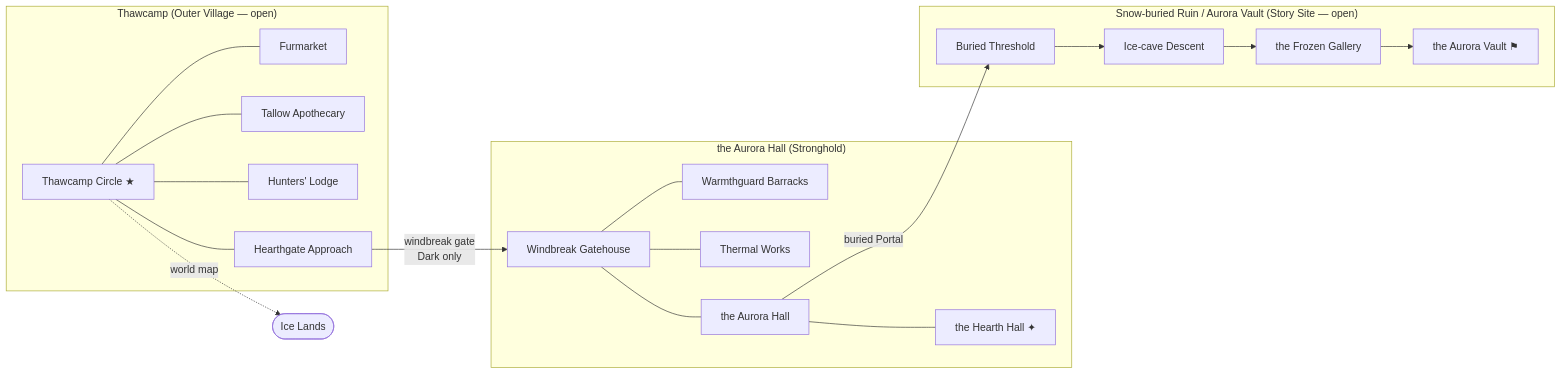
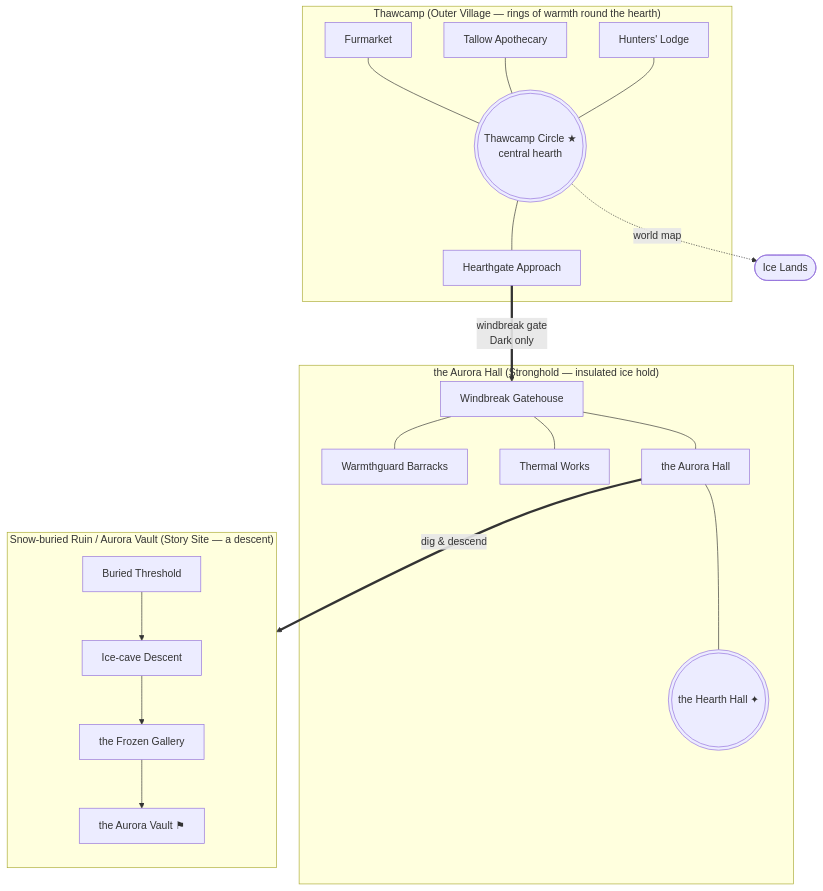
Before and after one commit to DibranMulder/2D-platform-game: the eighth of 8 diagrams in docs/design/0014-hometown-maps.md, drawn with Mermaid. The commit also changed other lines of this file, not shown here.

First line of the commit message:
Reshape home-town portal graphs to their terrain (DESIGN-0014)

````diff
--- a/docs/design/0014-hometown-maps.md
+++ b/docs/design/0014-hometown-maps.md
@@ -541,21 +583,22 @@
 ```mermaid
-flowchart LR
-    subgraph V["Thawcamp (Outer Village — open)"]
-        TCi[Thawcamp Circle ★] --- FMk[Furmarket]
-        TCi --- TA[Tallow Apothecary]
-        TCi --- HLg[Hunters' Lodge]
+flowchart TB
+    subgraph V["Thawcamp (Outer Village — rings of warmth round the hearth)"]
+        FMk[Furmarket] --- TCi(((Thawcamp Circle ★<br/>central hearth)))
+        TA[Tallow Apothecary] --- TCi
+        HLg[Hunters' Lodge] --- TCi
         TCi --- HGa[Hearthgate Approach]
     end
-    HGa -->|windbreak gate<br/>Dark only| WG[Windbreak Gatehouse]
-    subgraph S["the Aurora Hall (Stronghold)"]
-        WG --- WB[Warmthguard Barracks]
+    HGa ==>|windbreak gate<br/>Dark only| WG
+    subgraph S["the Aurora Hall (Stronghold — insulated ice hold)"]
+        WG[Windbreak Gatehouse] --- WB[Warmthguard Barracks]
         WG --- TW[Thermal Works]
         WG --- AH[the Aurora Hall]
-        AH --- HH[the Hearth Hall ✦]
+        AH --- HH(((the Hearth Hall ✦)))
     end
-    AH -->|buried Portal| BT
-    subgraph T["Snow-buried Ruin / Aurora Vault (Story Site — open)"]
+    AH ==>|dig &amp; descend| BT
+    subgraph T["Snow-buried Ruin / Aurora Vault (Story Site — a descent)"]
+        direction TB
         BT[Buried Threshold] --> ID[Ice-cave Descent] --> FG[the Frozen Gallery] --> AV[the Aurora Vault ⚑]
     end
     TCi -.world map.-> W([Ice Lands])
 ```
````
